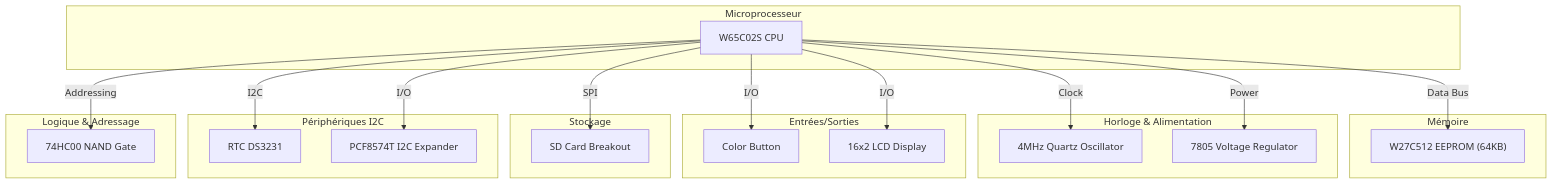
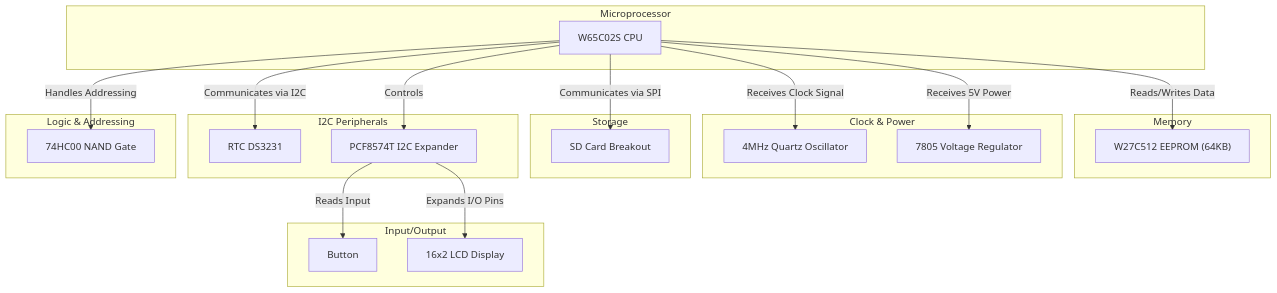
One commit to 3dgoose/rock65 changed the diagram in README.md. Above: the diagram before and after it, drawn with Mermaid. The commit also changed other lines of this file, not shown here.

````diff
--- a/README.md
+++ b/README.md
@@ -33,44 +34,45 @@
 ```mermaid
 graph TD;
-    subgraph "Microprocesseur"
+    subgraph "Microprocessor"
         W65C02S["W65C02S CPU"]
     end
-    
-    subgraph "Mémoire"
+
+    subgraph "Memory"
         EEPROM["W27C512 EEPROM (64KB)"]
     end
-    
-    subgraph "Horloge & Alimentation"
+
+    subgraph "Clock & Power"
         Oscillator["4MHz Quartz Oscillator"]
         Regulator["7805 Voltage Regulator"]
     end
-    
-    subgraph "Entrées/Sorties"
-        Buttons["Color Button"]
+
+    subgraph "Input/Output"
+        Buttons["Button"]
         LCD["16x2 LCD Display"]
     end
-    
-    subgraph "Stockage"
+
+    subgraph "Storage"
         SDCard["SD Card Breakout"]
     end
 
-    subgraph "Périphériques I2C"
+    subgraph "I2C Peripherals"
         RTC["RTC DS3231"]
         IOExpander["PCF8574T I2C Expander"]
     end
 
-    subgraph "Logique & Adressage"
+    subgraph "Logic & Addressing"
         NAND74HC00["74HC00 NAND Gate"]
     end
 
-    %% Connexions principales
-    W65C02S -->|Data Bus| EEPROM
-    W65C02S -->|Clock| Oscillator
-    W65C02S -->|Power| Regulator
-    W65C02S -->|I/O| IOExpander
-    W65C02S -->|I/O| LCD
-    W65C02S -->|I/O| Buttons
-    W65C02S -->|SPI| SDCard
-    W65C02S -->|I2C| RTC
-    W65C02S -->|Addressing| NAND74HC00
+    %% Connections
+    W65C02S -->|Reads/Writes Data| EEPROM
+    W65C02S -->|Receives Clock Signal| Oscillator
+    W65C02S -->|Receives 5V Power| Regulator
+    W65C02S -->|Controls| IOExpander
+    IOExpander -->|Expands I/O Pins| LCD
+    IOExpander -->|Reads Input| Buttons
+    W65C02S -->|Communicates via SPI| SDCard
+    W65C02S -->|Communicates via I2C| RTC
+    W65C02S -->|Handles Addressing| NAND74HC00
+
 ```
````
